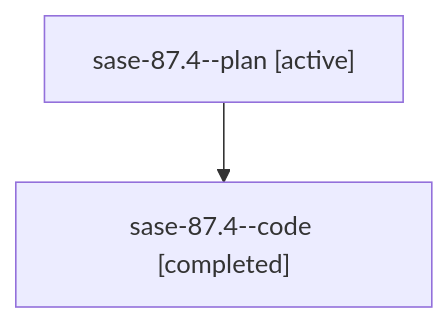
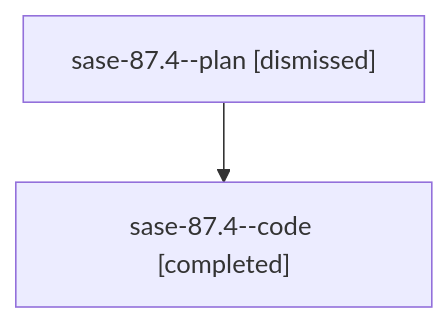
The diagram in sessions/bbugyi200.athena.sase-87.4.md (sase-org/sase--agents), drawn with Mermaid before and after one commit. The commit also changed other lines of this file and 88 other files, not shown here.

````diff
--- a/sessions/bbugyi200.athena.sase-87.4.md
+++ b/sessions/bbugyi200.athena.sase-87.4.md
@@ -9,6 +9,6 @@
 ```mermaid
 flowchart TD
-  n0["sase-87.4--plan [active]"]
+  n0["sase-87.4--plan [dismissed]"]
   n1["sase-87.4--code [completed]"]
   n0 --> n1
 ```
````
